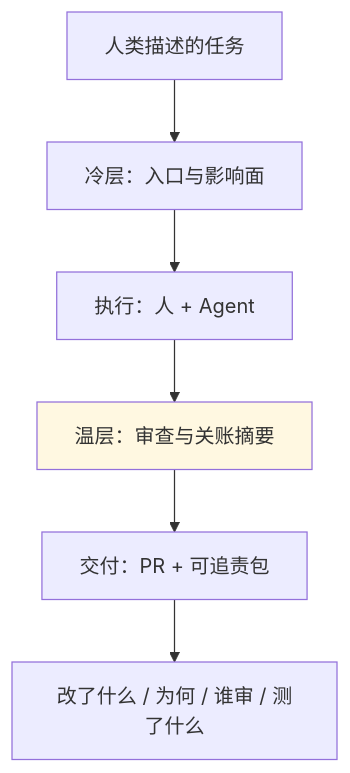
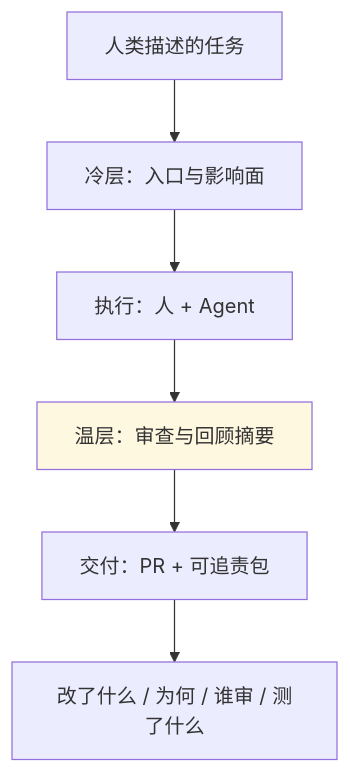
Before and after one commit to Cyning12/ai-coding-closed-loop-articles: the second of 7 diagrams in ARTICLE_AI_Coding_可闭环协作_公众稿_vol3_v1.4.0_zh.md, drawn with Mermaid. The commit also changed other lines of this file and 3 other files, not shown here.

````diff
--- a/ARTICLE_AI_Coding_可闭环协作_公众稿_vol3_v1.4.0_zh.md
+++ b/ARTICLE_AI_Coding_可闭环协作_公众稿_vol3_v1.4.0_zh.md
@@ -288,10 +288,10 @@
 ```mermaid
 flowchart TD
     TASK["人类描述的任务"] --> COLD["冷层：入口与影响面"]
     COLD --> EXEC["执行：人 + Agent"]
-    EXEC --> WARM["温层：审查与关账摘要"]
+    EXEC --> WARM["温层：审查与回顾摘要"]
     WARM --> DELIVER["交付：PR + 可追责包"]
     DELIVER --> PACK["改了什么 / 为何 / 谁审 / 测了什么"]
 
     style WARM fill:#fff8e1
 ```
````
